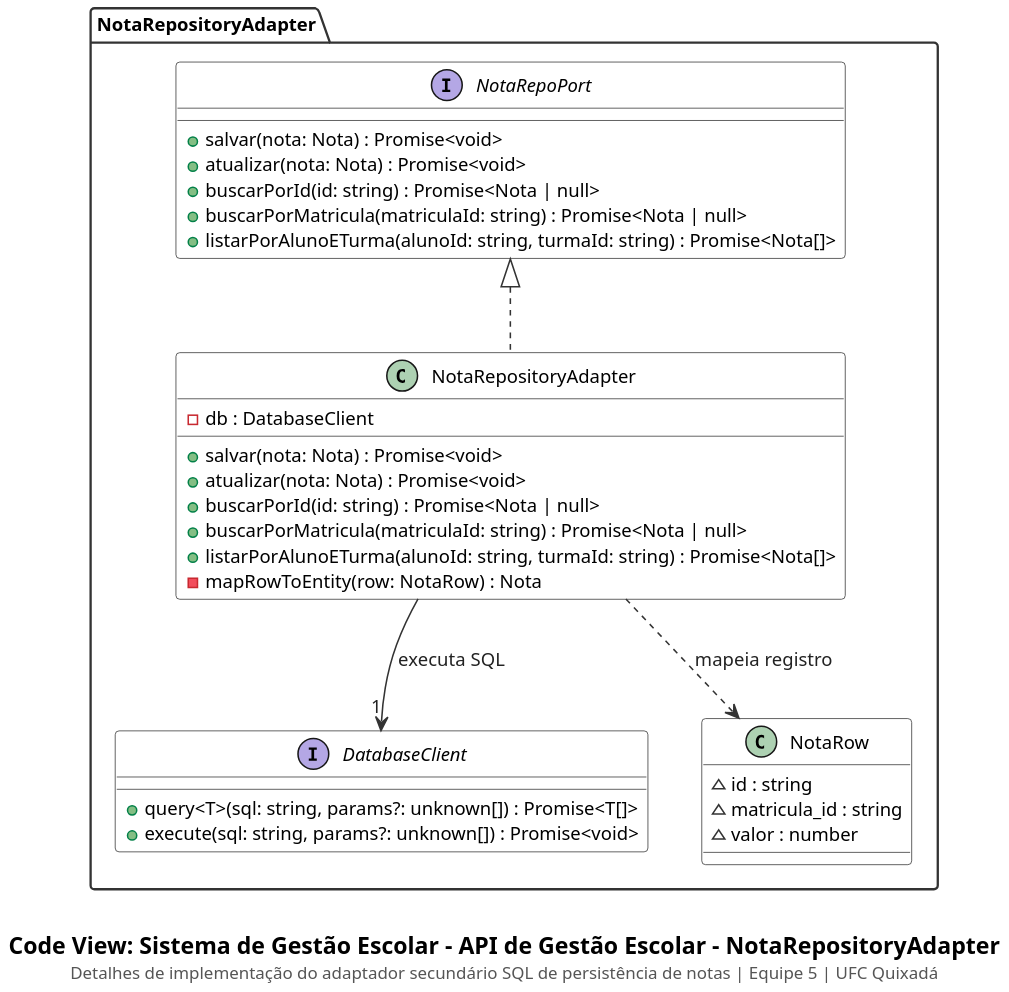
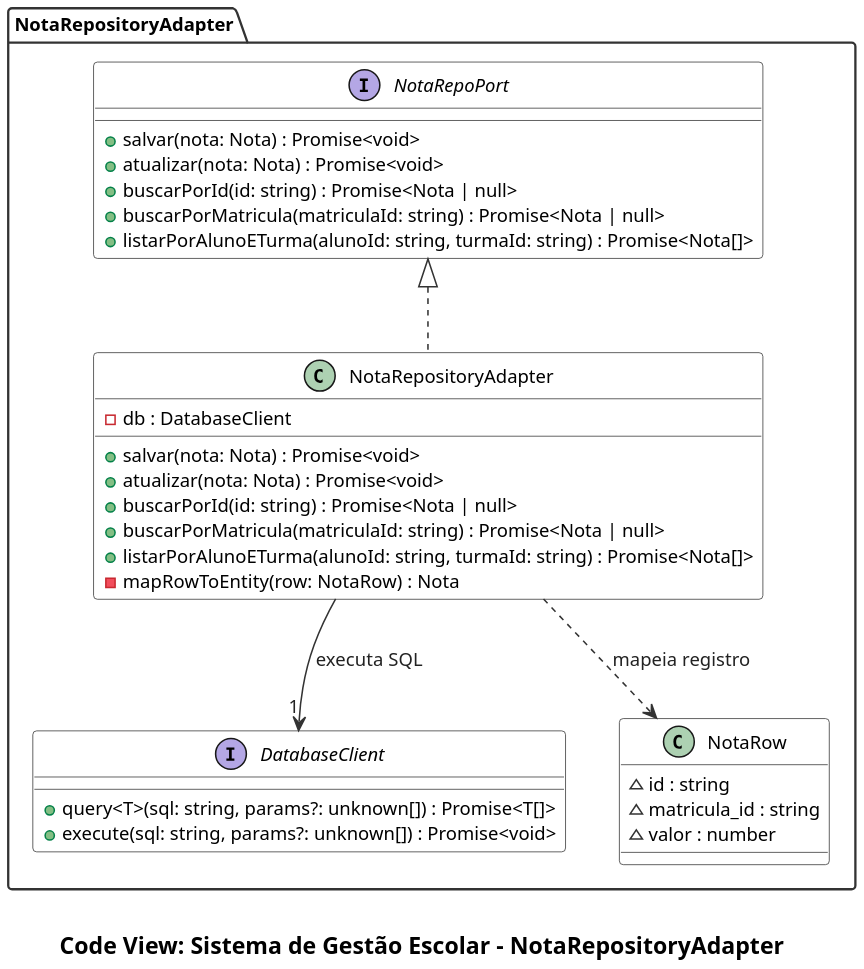
One commit to cicerocarnauba/sistema-gestao-escolar changed the diagram in docs/code/nota-repository-adapter.puml. Above: the diagram before and after it, drawn with PlantUML. The commit also changed 16 other files, not shown here.

Commit message:
docs: limpa legendas/timestamp dos diagramas C4 e atualiza README

```diff
--- a/docs/code/nota-repository-adapter.puml
+++ b/docs/code/nota-repository-adapter.puml
@@ -1,56 +1,56 @@
 @startuml
 set separator none
 top to bottom direction
 skinparam backgroundColor #FFFFFF
 skinparam shadowing false
 skinparam dpi 180
 skinparam defaultFontName "SansSerif"
 skinparam defaultFontSize 12
 skinparam packageStyle folder
 skinparam packageBackgroundColor #FFFFFF
 skinparam packageBorderColor #333333
 skinparam packageFontStyle bold
 skinparam classBackgroundColor #FFFFFF
 skinparam classHeaderBackgroundColor #FFFFFF
 skinparam classBorderColor #333333
 skinparam arrowColor #333333
 skinparam arrowFontColor #222222
 skinparam noteBackgroundColor #FAFAFA
 skinparam noteBorderColor #666666
 
 package "NotaRepositoryAdapter" as pkg_nota_repository_adapter {
     interface NotaRepoPort {
         + salvar(nota: Nota) : Promise<void>
         + atualizar(nota: Nota) : Promise<void>
         + buscarPorId(id: string) : Promise<Nota | null>
         + buscarPorMatricula(matriculaId: string) : Promise<Nota | null>
         + listarPorAlunoETurma(alunoId: string, turmaId: string) : Promise<Nota[]>
     }
 
     class NotaRepositoryAdapter implements NotaRepoPort {
         - db : DatabaseClient
         + salvar(nota: Nota) : Promise<void>
         + atualizar(nota: Nota) : Promise<void>
         + buscarPorId(id: string) : Promise<Nota | null>
         + buscarPorMatricula(matriculaId: string) : Promise<Nota | null>
         + listarPorAlunoETurma(alunoId: string, turmaId: string) : Promise<Nota[]>
         - mapRowToEntity(row: NotaRow) : Nota
     }
 
     interface DatabaseClient {
         + query<T>(sql: string, params?: unknown[]) : Promise<T[]>
         + execute(sql: string, params?: unknown[]) : Promise<void>
     }
 
     class NotaRow {
         ~ id : string
         ~ matricula_id : string
         ~ valor : number
     }
 
     NotaRepositoryAdapter --> "1" DatabaseClient : executa SQL
     NotaRepositoryAdapter ..> NotaRow : mapeia registro
 }
 
-caption \n<size:15><b>Code View: Sistema de Gestão Escolar - API de Gestão Escolar - NotaRepositoryAdapter</b></size>\n<size:11><color:#555555>Detalhes de implementação do adaptador secundário SQL de persistência de notas | Equipe 5 | UFC Quixadá</color></size>
+caption \n<size:15><b>Code View: Sistema de Gestão Escolar - NotaRepositoryAdapter</b></size>
 @enduml
```
